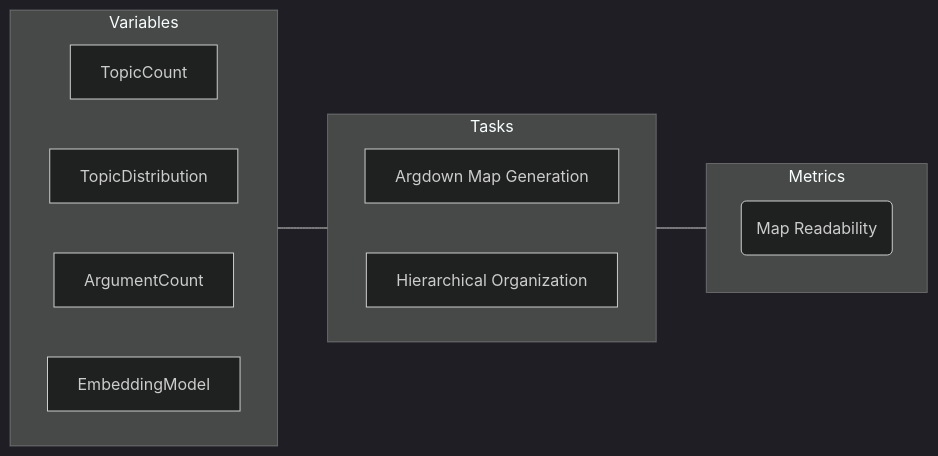
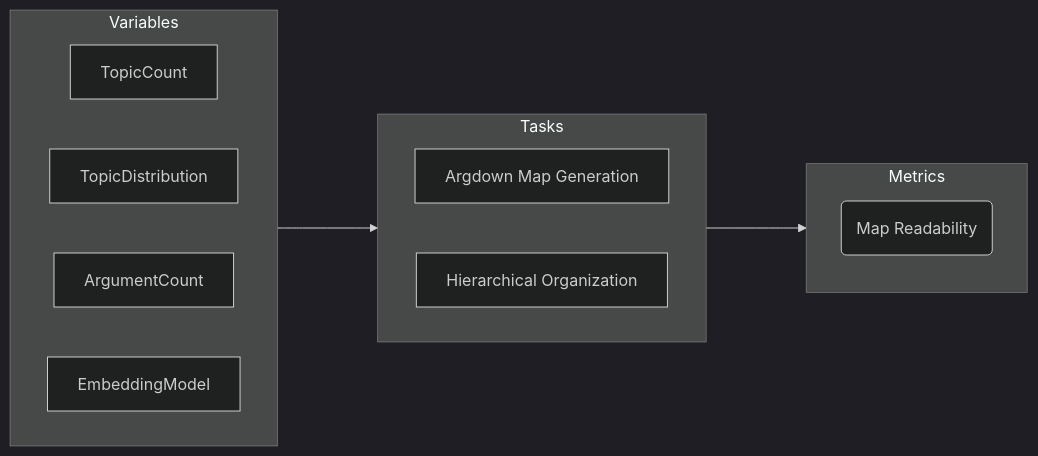
Before and after one commit to aadityabhatia/polis-argmap: the diagram in docs/experiment4.mmd, drawn with Mermaid (dark theme). The commit also changed 30 other files, not shown here.

```diff
--- a/docs/experiment4.mmd
+++ b/docs/experiment4.mmd
@@ -1,22 +1,22 @@
 flowchart LR
 
     subgraph Metrics
         MapReadability(Map Readability)
     end
 
     subgraph Tasks
         direction LR
         ArgdownMapGeneration[Argdown Map Generation]
         HierarchicalOrganization[Hierarchical Organization]
     end
 
     subgraph Variables
         direction LR
         TopicCount
         TopicDistribution
         ArgumentCount
         EmbeddingModel
     end
 
-    Variables --- Tasks
-    Tasks --- Metrics
+    Variables ---> Tasks
+    Tasks ---> Metrics
```
